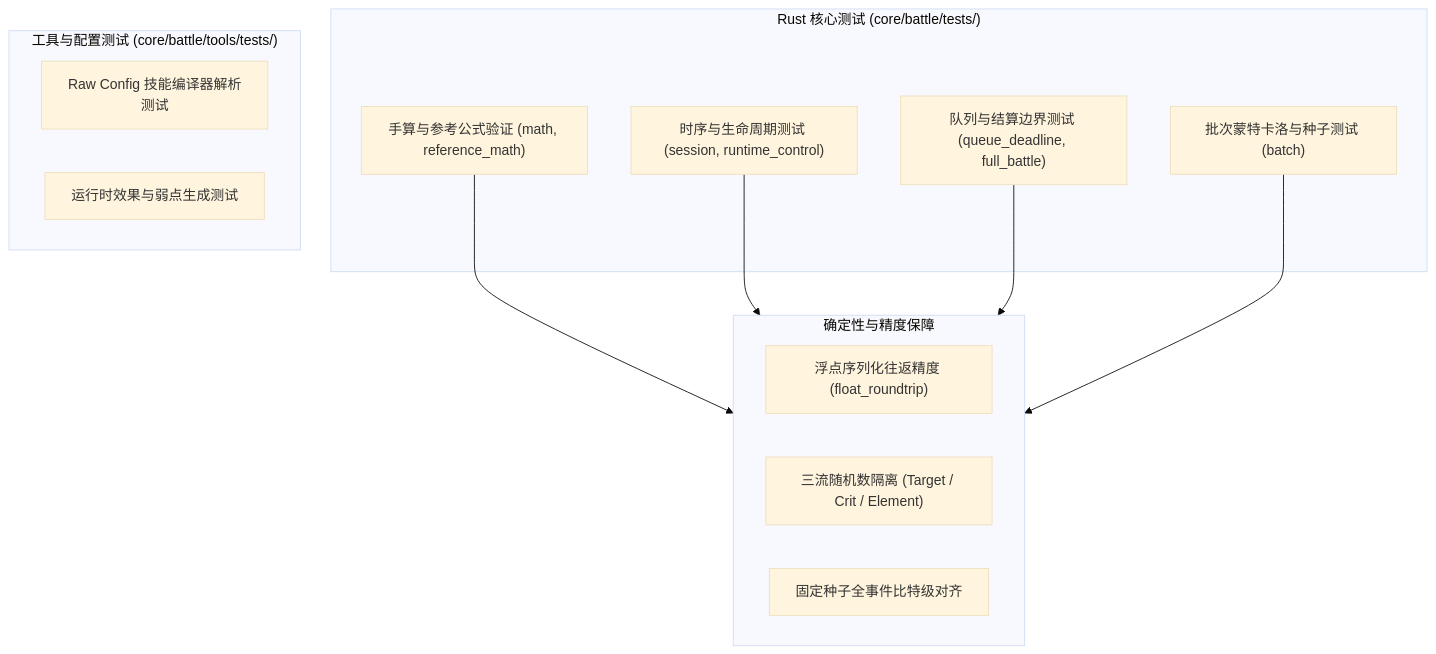
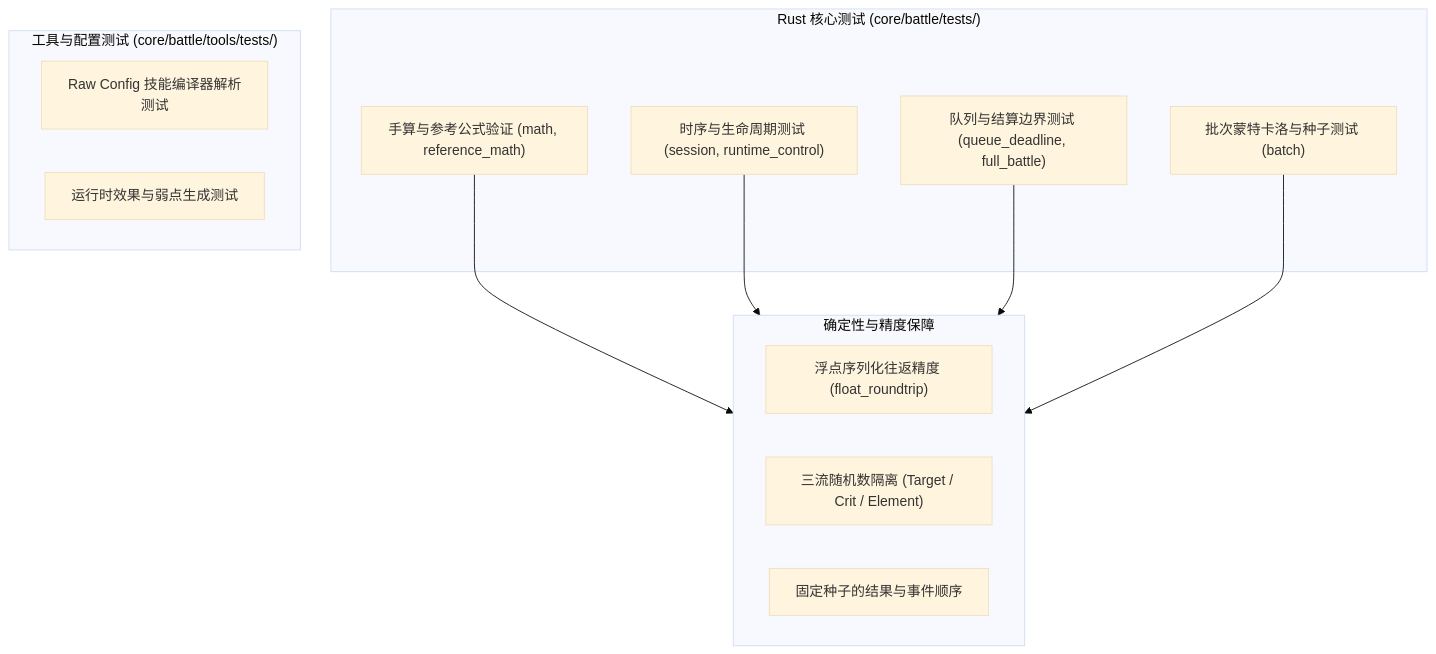
Before and after one commit to Sakura-Ex/Hyacimicon: the diagram in docs/modules/battle-simulation/validation.md, drawn with Mermaid (base theme). The commit also changed other lines of this file and 14 other files, not shown here.

````diff
--- a/docs/modules/battle-simulation/validation.md
+++ b/docs/modules/battle-simulation/validation.md
@@ -11,25 +11,25 @@
 ```mermaid
 flowchart TD
     subgraph RustUnit["Rust 核心测试 (core/battle/tests/)"]
         Formula["手算与参考公式验证 (math, reference_math)"]
         StateTests["时序与生命周期测试 (session, runtime_control)"]
         QueueTests["队列与结算边界测试 (queue_deadline, full_battle)"]
         BatchTests["批次蒙特卡洛与种子测试 (batch)"]
     end
 
     subgraph ToolTests["工具与配置测试 (core/battle/tools/tests/)"]
         RawConfig["Raw Config 技能编译器解析测试"]
         RuntimeLowering["运行时效果与弱点生成测试"]
     end
 
     subgraph Determinism["确定性与精度保障"]
         FloatRoundtrip["浮点序列化往返精度 (float_roundtrip)"]
         SeedIsolation["三流随机数隔离 (Target / Crit / Element)"]
-        ReplayBit["固定种子全事件比特级对齐"]
+        ReplayBit["固定种子的结果与事件顺序"]
     end
 
     Formula --> Determinism
     StateTests --> Determinism
     QueueTests --> Determinism
     BatchTests --> Determinism
 ```
````
